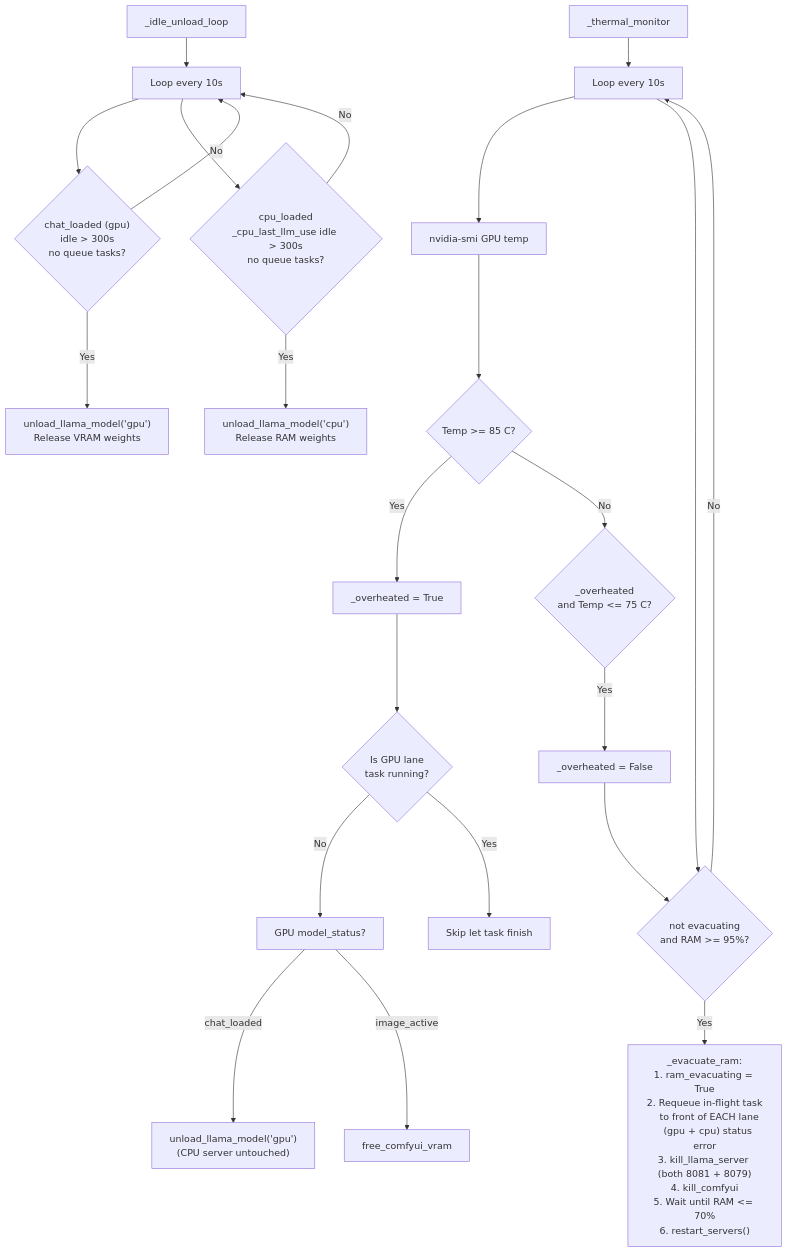
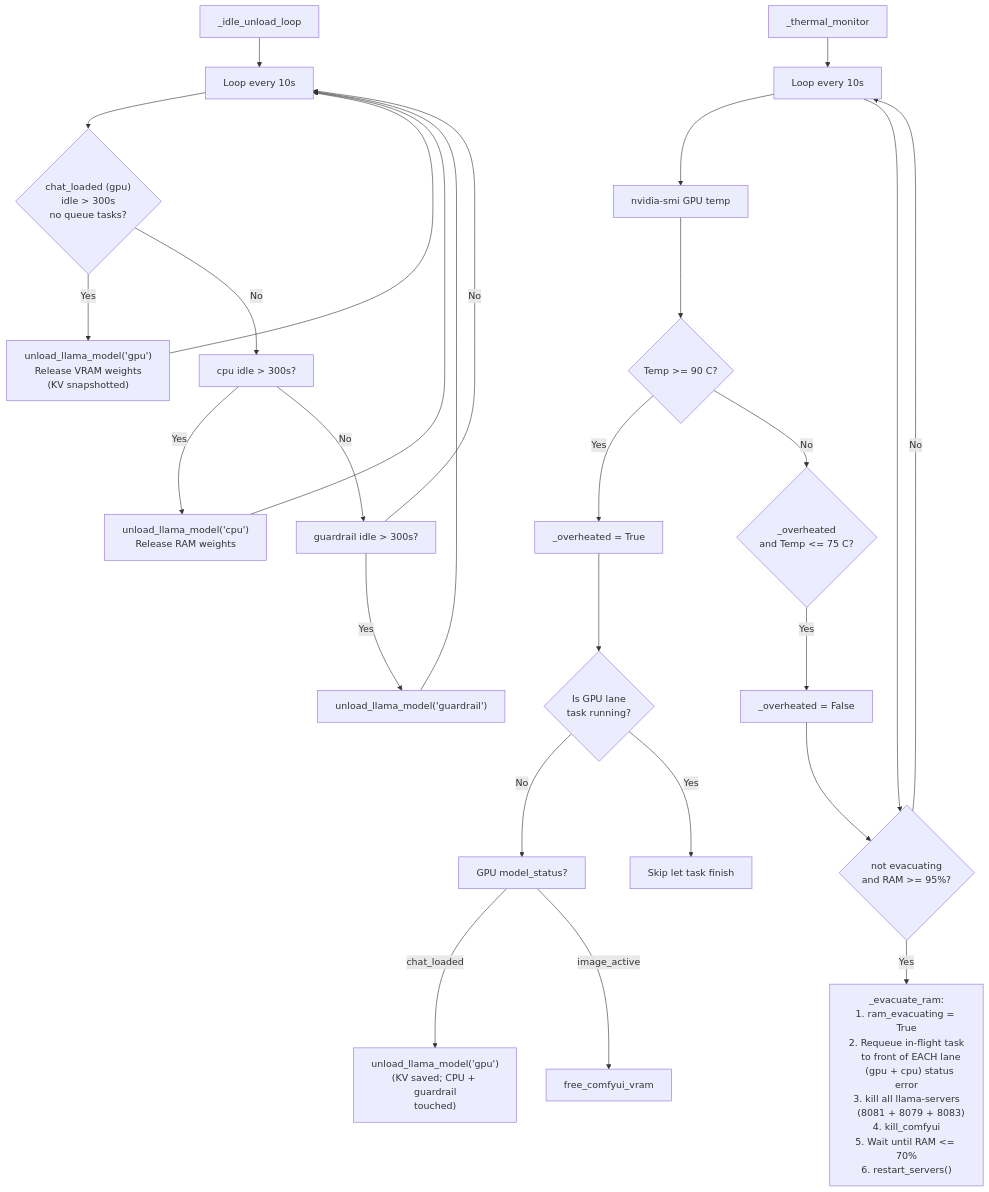
Before and after one commit to Palash90/local-ai: diagram 12 of 12 in README.md, drawn with Mermaid. The commit also changed other lines of this file and 8 other files, not shown here.

````diff
--- a/README.md
+++ b/README.md
@@ -566,27 +642,31 @@
 ```mermaid
 graph TD
     E4["_thermal_monitor"] --> ThermalLoop["Loop every 10s"]
     ThermalLoop --> CheckGPU["nvidia-smi GPU temp"]
-    CheckGPU --> GPUTempCheck{"Temp >= 85 C?"}
+    CheckGPU --> GPUTempCheck{"Temp >= 90 C?"}
     GPUTempCheck -- Yes --> SetOverheat["_overheated = True"]
     GPUTempCheck -- No --> CheckCool{"_overheated\nand Temp <= 75 C?"}
     CheckCool -- Yes --> UnsetOverheat["_overheated = False"]
     SetOverheat --> ThermalAction{"Is GPU lane\ntask running?"}
     ThermalAction -- No --> ThermalUnload["GPU model_status?"]
-    ThermalUnload -- "chat_loaded" --> UnloadModel["unload_llama_model('gpu')\n(CPU server untouched)"]
+    ThermalUnload -- "chat_loaded" --> UnloadModel["unload_llama_model('gpu')\n(KV saved; CPU + guardrail\ntouched)"]
     ThermalUnload -- "image_active" --> FreeVRAM["free_comfyui_vram"]
     ThermalAction -- Yes --> ThermalSkip["Skip let task finish"]
     UnsetOverheat --> RAMCheck1
 
     ThermalLoop --> RAMCheck1{"not evacuating\nand RAM >= 95%?"}
-    RAMCheck1 -- Yes --> EvacuateRAM["_evacuate_ram:\n1. ram_evacuating = True\n2. Requeue in-flight task\n   to front of EACH lane\n   (gpu + cpu) status error\n3. kill_llama_server (both 8081 + 8079)\n4. kill_comfyui\n5. Wait until RAM <= 70%\n6. restart_servers()"]
+    RAMCheck1 -- Yes --> EvacuateRAM["_evacuate_ram:\n1. ram_evacuating = True\n2. Requeue in-flight task\n   to front of EACH lane\n   (gpu + cpu) status error\n3. kill all llama-servers\n   (8081 + 8079 + 8083)\n4. kill_comfyui\n5. Wait until RAM <= 70%\n6. restart_servers()"]
     RAMCheck1 -- No --> ThermalLoop
 
     E3["_idle_unload_loop"] --> IdleLoop["Loop every 10s"]
     IdleLoop --> IdleCheck{"chat_loaded (gpu)\nidle > 300s\nno queue tasks?"}
-    IdleCheck -- Yes --> UnloadModel2["unload_llama_model('gpu')\nRelease VRAM weights"]
-    IdleCheck -- No --> IdleLoop
-    IdleLoop --> IdleCheck2{"cpu_loaded\n_cpu_last_llm_use idle > 300s\nno queue tasks?"}
-    IdleCheck2 -- Yes --> UnloadModel3["unload_llama_model('cpu')\nRelease RAM weights"]
-    IdleCheck2 -- No --> IdleLoop
+    IdleCheck -- Yes --> UnloadModel2["unload_llama_model('gpu')\nRelease VRAM weights\n(KV snapshotted)"]
+    IdleCheck -- No --> IdleLoop2["cpu idle > 300s?"]
+    IdleLoop2 -- Yes --> UnloadModel3["unload_llama_model('cpu')\nRelease RAM weights"]
+    IdleLoop2 -- No --> IdleLoopGR["guardrail idle > 300s?"]
+    IdleLoopGR -- Yes --> UnloadModel4["unload_llama_model('guardrail')"]
+    IdleLoopGR -- No --> IdleLoop
+    UnloadModel2 --> IdleLoop
+    UnloadModel3 --> IdleLoop
+    UnloadModel4 --> IdleLoop
 ```
````
